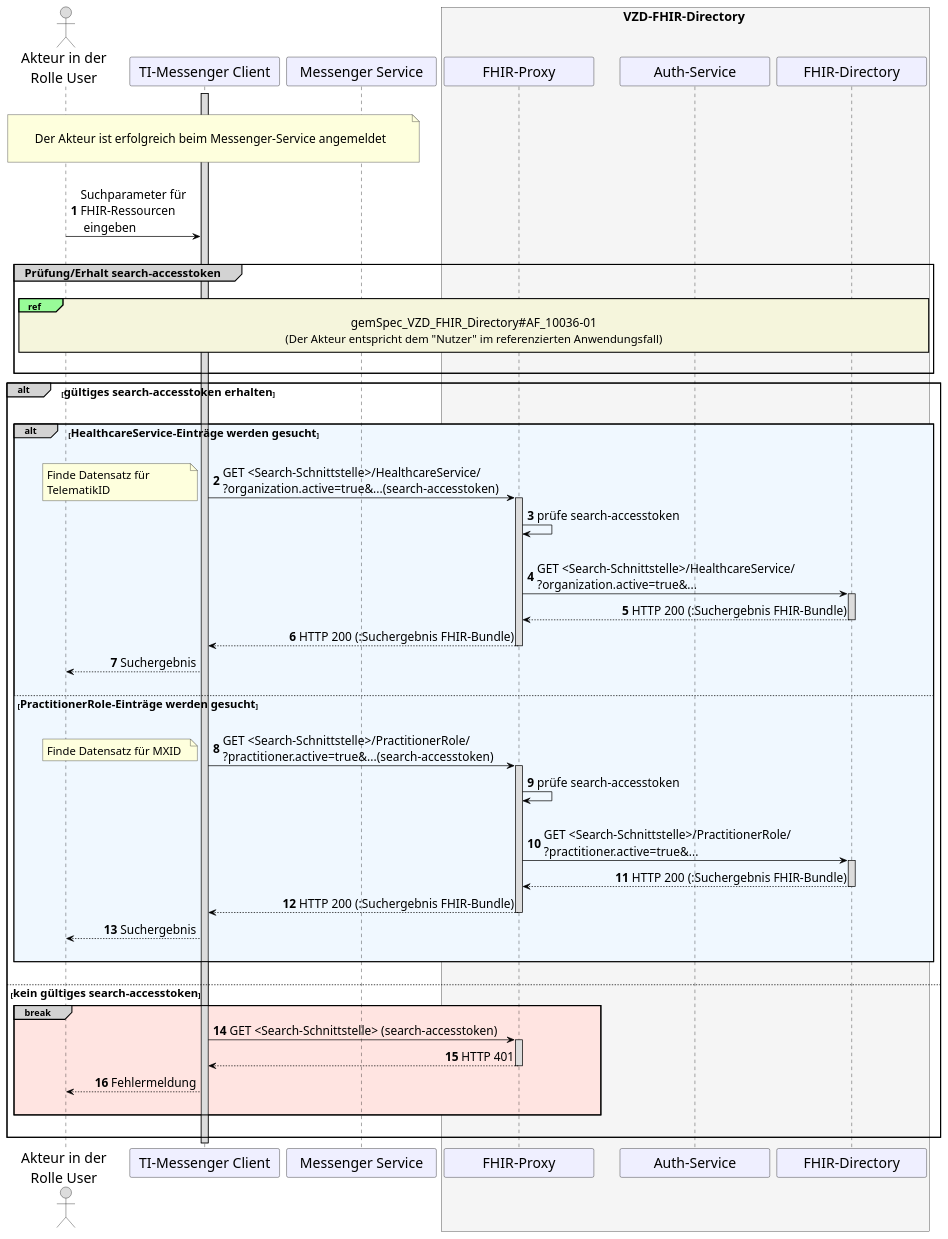
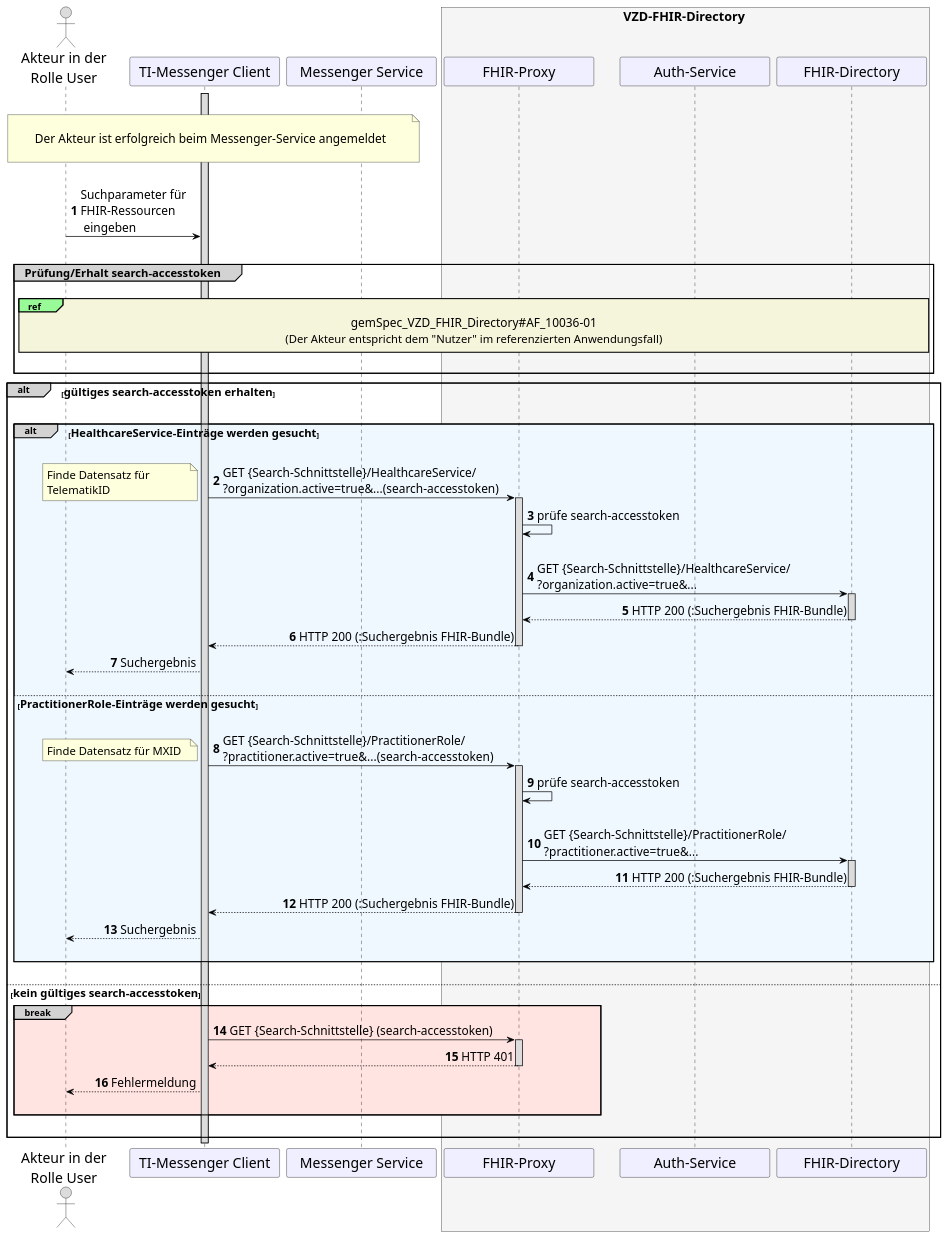
One commit to gematik/api-ti-messenger changed the diagram in src/images/TI-M_Basis/UC_10235_Seq.puml. Above: the diagram before and after it, drawn with PlantUML.

Commit message:
replaced <> with {}

```diff
--- a/src/images/TI-M_Basis/UC_10235_Seq.puml
+++ b/src/images/TI-M_Basis/UC_10235_Seq.puml
@@ -1,104 +1,104 @@
 @startuml
 skinparam sequenceMessageAlign direction
 skinparam minClassWidth 200
 skinparam BoxPadding 1
 skinparam sequenceReferenceHeaderBackgroundColor palegreen
 skinparam sequenceReferenceBackgroundColor Beige
 scale max 2048 width
 
 skinparam sequence {
 ArrowColor black
 ArrowFontSize 17
 ActorBorderColor black
 LifeLineBorderColor black
 LifeLineBackgroundColor Gainsboro
 
 ParticipantBorderColor Motivation
 ParticipantBackgroundColor Motivation
 ParticipantFontSize 20
 ParticipantFontColor black
 ParticipantBorderColor Black
 ParticipantBackgroundColor MOTIVATION
 
 ActorBackgroundColor Gainsboro
 ActorFontColor black
 ActorFontSize 20
 }
 
 autonumber
 
 actor U as "Akteur in der\nRolle User"
 participant cl as "TI-Messenger Client"
 participant ms as "Messenger Service"
 box <size:18>VZD-FHIR-Directory</size> #WhiteSmoke
   participant fp as "FHIR-Proxy"
   participant au as "Auth-Service"
   participant fd as "FHIR-Directory"
 end box
 
 |||
 note over U, ms: \n<size:17>Der Akteur ist erfolgreich beim Messenger-Service angemeldet</size>\n
 |||
 activate cl
 U->cl:Suchparameter für \nFHIR-Ressourcen \n eingeben
 |||
 group#LightGrey <size:16>Prüfung/Erhalt search-accesstoken</size>
   |||
   ref over U, cl, ms, fp, au, fd
   <size:17>gemSpec_VZD_FHIR_Directory#AF_10036-01</size>
   <size:16>(Der Akteur entspricht dem "Nutzer" im referenzierten Anwendungsfall)</size>
   |||
   end ref
   |||
 end group
 
 alt#LightGrey <size:16>gültiges search-accesstoken erhalten</size>
 |||
   alt#LightGrey #AliceBlue <size:16>HealthcareService-Einträge werden gesucht</size>
     |||
-    cl->fp: GET <Search-Schnittstelle>/HealthcareService/\n?organization.active=true&...(search-accesstoken)
+    cl->fp: GET {Search-Schnittstelle}/HealthcareService/\n?organization.active=true&...(search-accesstoken)
     note left
     <size:16>Finde Datensatz für </size>
     <size:16>TelematikID</size>
     end note
     activate fp
     fp->fp: prüfe search-accesstoken
     |||
-    fp->fd: GET <Search-Schnittstelle>/HealthcareService/\n?organization.active=true&...
+    fp->fd: GET {Search-Schnittstelle}/HealthcareService/\n?organization.active=true&...
     activate fd
     fd-->fp: HTTP 200 (:Suchergebnis FHIR-Bundle)
       deactivate fd
     fp-->cl: HTTP 200 (:Suchergebnis FHIR-Bundle)
     deactivate fp
     cl-->U: Suchergebnis
     |||
   else <size:16>PractitionerRole-Einträge werden gesucht</size>
     |||
-    cl->fp: GET <Search-Schnittstelle>/PractitionerRole/\n?practitioner.active=true&...(search-accesstoken)
+    cl->fp: GET {Search-Schnittstelle}/PractitionerRole/\n?practitioner.active=true&...(search-accesstoken)
     note left
     <size:16>Finde Datensatz für MXID</size>
     end note
     activate fp
     fp->fp: prüfe search-accesstoken
     |||
-    fp->fd: GET <Search-Schnittstelle>/PractitionerRole/\n?practitioner.active=true&...
+    fp->fd: GET {Search-Schnittstelle}/PractitionerRole/\n?practitioner.active=true&...
     activate fd
     fd-->fp: HTTP 200 (:Suchergebnis FHIR-Bundle)
       deactivate fd
     fp-->cl: HTTP 200 (:Suchergebnis FHIR-Bundle)
     deactivate fp
     cl-->U: Suchergebnis
     |||
   end
 |||
 else <size:16>kein gültiges search-accesstoken</size>
   break#LightGrey #MistyRose
-    cl->fp++: GET <Search-Schnittstelle> (search-accesstoken)
+    cl->fp++: GET {Search-Schnittstelle} (search-accesstoken)
     fp-->cl--: HTTP 401
     cl-->U: Fehlermeldung
   |||
   end
 |||
 end
 
 @enduml
```
